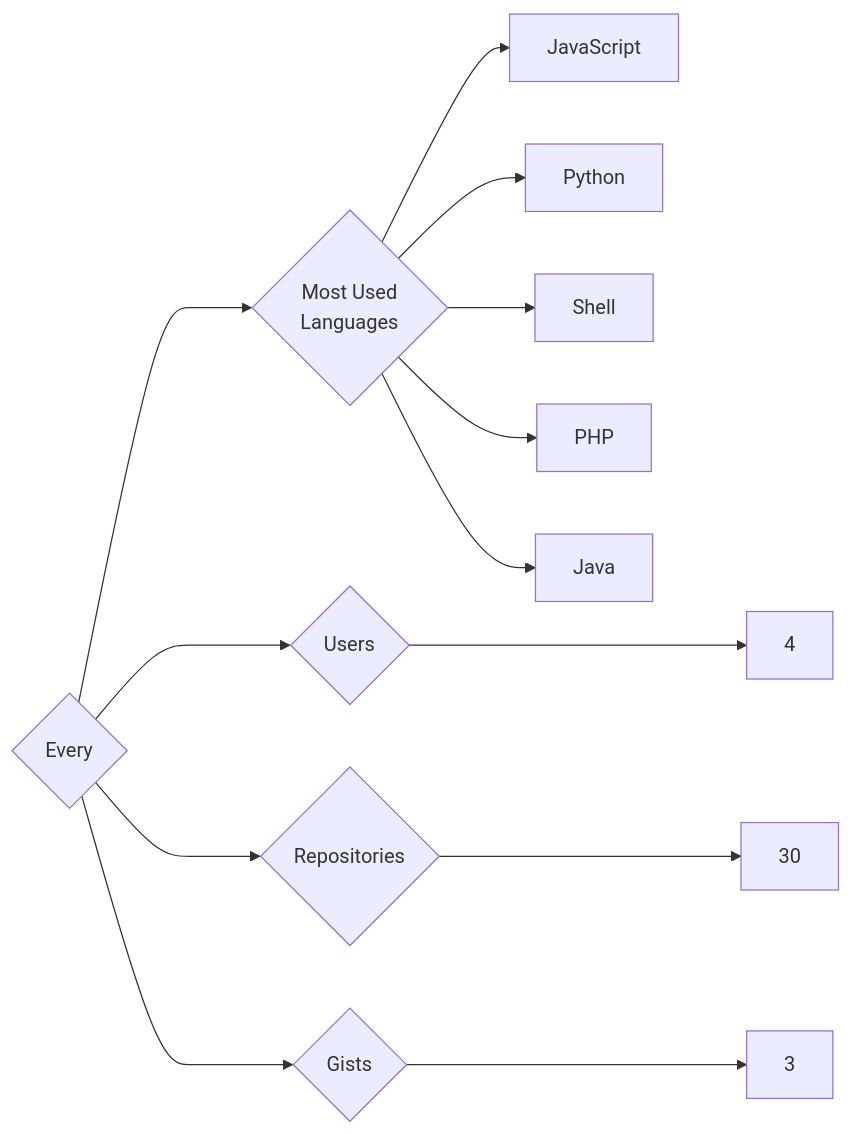
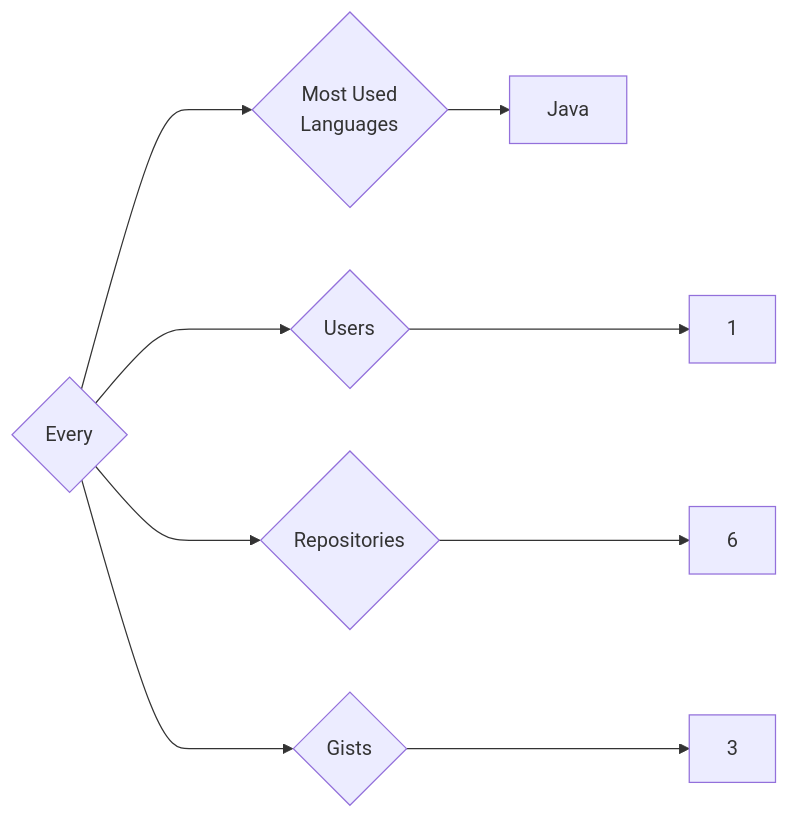
One commit to trickest/insiders changed the diagram in targets/Every/README.md. Above: the diagram before and after it, drawn with Mermaid. The commit also changed 1088 other files, not shown here.

````diff
--- a/targets/Every/README.md
+++ b/targets/Every/README.md
@@ -3,13 +3,9 @@
 ```mermaid
 graph LR
 COMPANY_NAME{Every}
-COMPANY_NAME ---> U{Users} ---> UN[4]
-COMPANY_NAME ---> R{Repositories} ---> RN[30]
+COMPANY_NAME ---> U{Users} ---> UN[1]
+COMPANY_NAME ---> R{Repositories} ---> RN[6]
 COMPANY_NAME ---> G{Gists} ---> GN[3]
 COMPANY_NAME ---> ML{Most Used<br>Languages}
-ML --> JavaScript[JavaScript]
-ML --> Python[Python]
-ML --> Shell[Shell]
-ML --> PHP[PHP]
 ML --> Java[Java]
 ```
````
